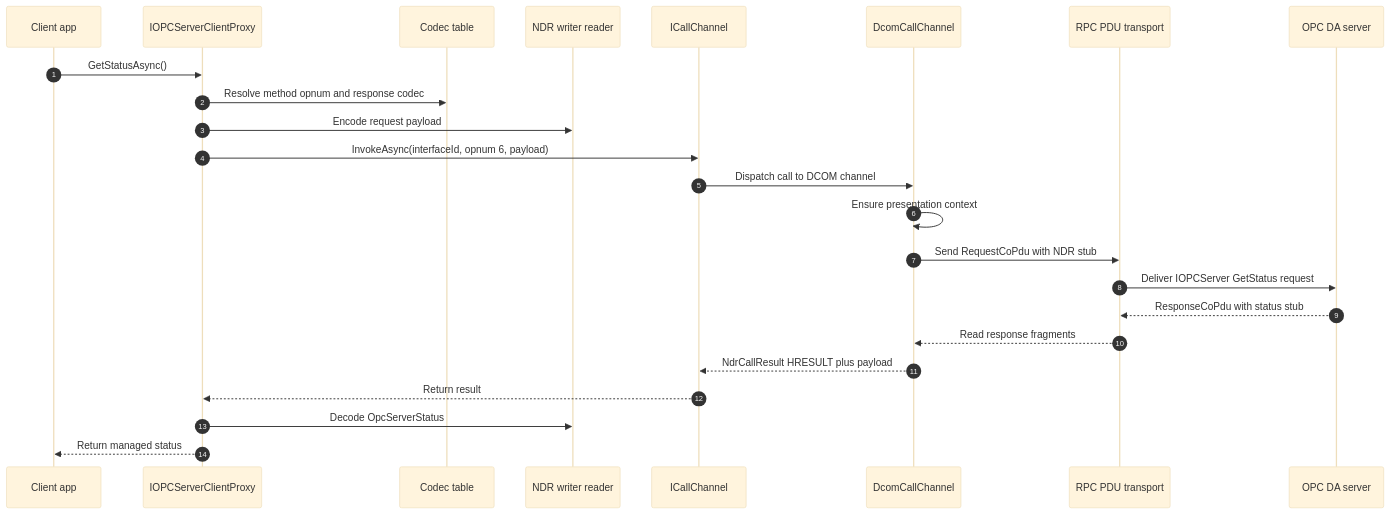
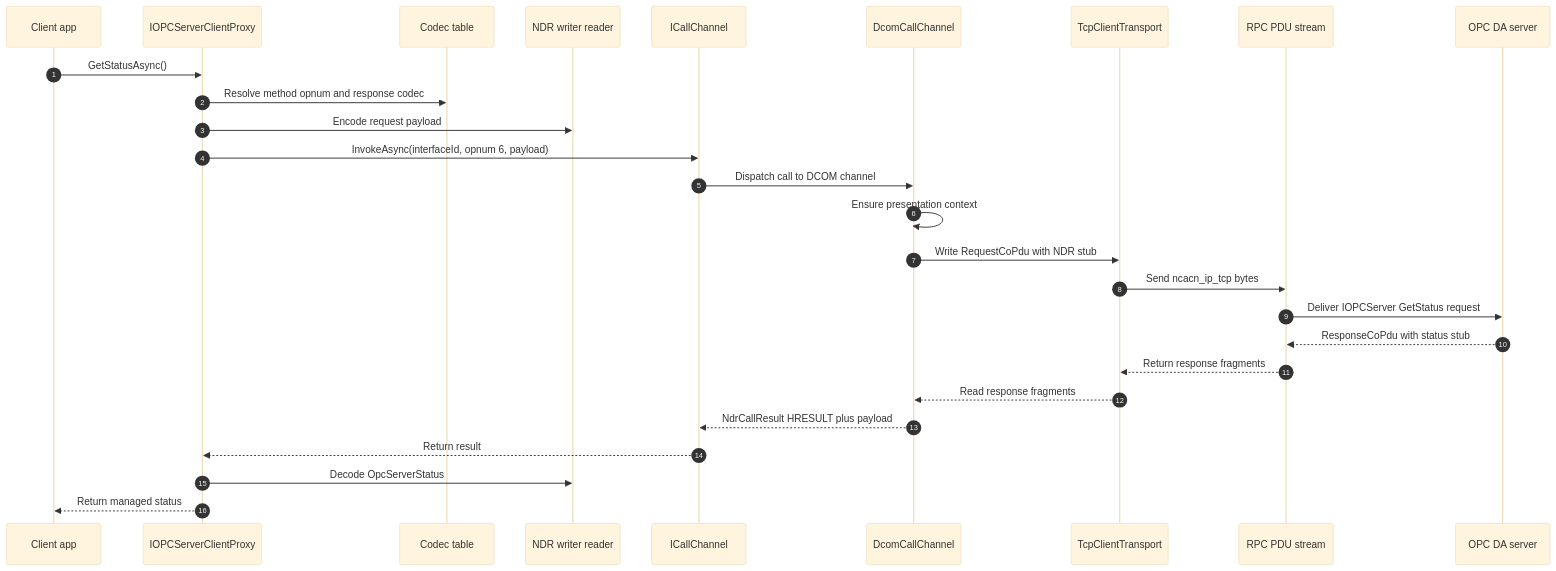
The diagram in docs/diagrams/02-call-shim-flow.md (marcschier/opc-classic), drawn with Mermaid (base theme) before and after one commit. The commit also changed other lines of this file and 13 other files, not shown here.

First line of the commit message:
docs(cap-f4): refresh architecture + security + diagrams for rc.7

````diff
--- a/docs/diagrams/02-call-shim-flow.md
+++ b/docs/diagrams/02-call-shim-flow.md
@@ -20,27 +20,30 @@
 ```mermaid
 sequenceDiagram
     autonumber
     participant App as Client app
     participant Proxy as IOPCServerClientProxy
     participant Codecs as Codec table
     participant Ndr as NDR writer reader
     participant Channel as ICallChannel
     participant Dcom as DcomCallChannel
-    participant Rpc as RPC PDU transport
+    participant Transport as TcpClientTransport
+    participant Rpc as RPC PDU stream
     participant Server as OPC DA server
 
     App->>Proxy: GetStatusAsync()
     Proxy->>Codecs: Resolve method opnum and response codec
     Proxy->>Ndr: Encode request payload
     Proxy->>Channel: InvokeAsync(interfaceId, opnum 6, payload)
     Channel->>Dcom: Dispatch call to DCOM channel
     Dcom->>Dcom: Ensure presentation context
-    Dcom->>Rpc: Send RequestCoPdu with NDR stub
+    Dcom->>Transport: Write RequestCoPdu with NDR stub
+    Transport->>Rpc: Send ncacn_ip_tcp bytes
     Rpc->>Server: Deliver IOPCServer GetStatus request
     Server-->>Rpc: ResponseCoPdu with status stub
-    Rpc-->>Dcom: Read response fragments
+    Rpc-->>Transport: Return response fragments
+    Transport-->>Dcom: Read response fragments
     Dcom-->>Channel: NdrCallResult HRESULT plus payload
     Channel-->>Proxy: Return result
     Proxy->>Ndr: Decode OpcServerStatus
     Proxy-->>App: Return managed status
 ```
````
